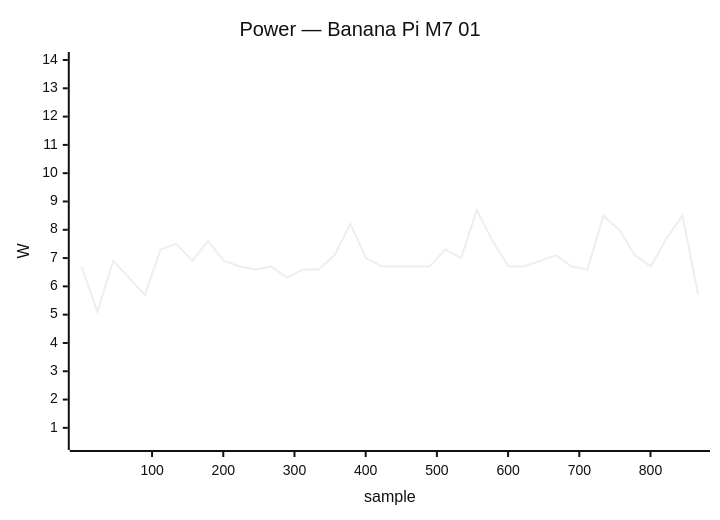
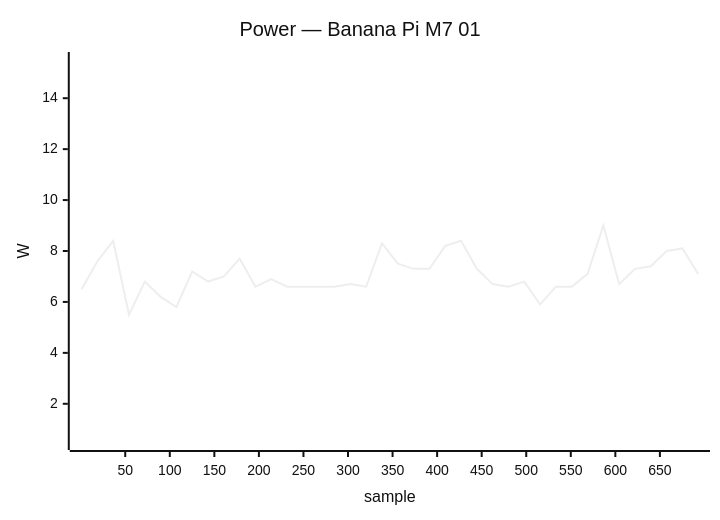
The seventh of 48 diagrams in docs/status/board-tests.md (armbian/documentation), drawn with Mermaid (neutral theme) before and after one commit. The commit also changed other lines of this file, not shown here.

````diff
--- a/docs/status/board-tests.md
+++ b/docs/status/board-tests.md
@@ -283,7 +396,7 @@
 ```mermaid
 xychart-beta
     title "Power — Banana Pi M7 01"
-    x-axis "sample" 1 --> 867
-    y-axis "W" 0.5 --> 14.0
-    line [6.7, 5.1, 6.9, 6.3, 5.7, 7.3, 7.5, 6.9, 7.6, 6.9, 6.7, 6.6, 6.7, 6.3, 6.6, 6.6, 7.1, 8.2, 7.0, 6.7, 6.7, 6.7, 6.7, 7.3, 7.0, 8.7, 7.6, 6.7, 6.7, 6.9, 7.1, 6.7, 6.6, 8.5, 8.0, 7.1, 6.7, 7.7, 8.5, 5.7]
+    x-axis "sample" 1 --> 693
+    y-axis "W" 0.5 --> 15.5
+    line [6.5, 7.6, 8.4, 5.5, 6.8, 6.2, 5.8, 7.2, 6.8, 7.0, 7.7, 6.6, 6.9, 6.6, 6.6, 6.6, 6.6, 6.7, 6.6, 8.3, 7.5, 7.3, 7.3, 8.2, 8.4, 7.3, 6.7, 6.6, 6.8, 5.9, 6.6, 6.6, 7.1, 9.0, 6.7, 7.3, 7.4, 8.0, 8.1, 7.1]
 ```
````
